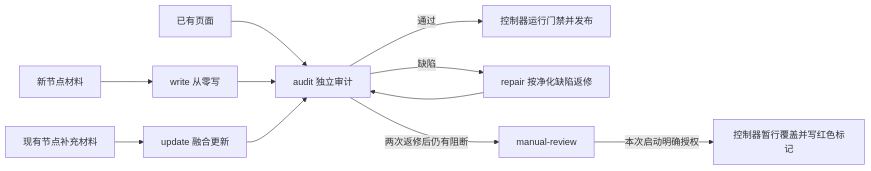
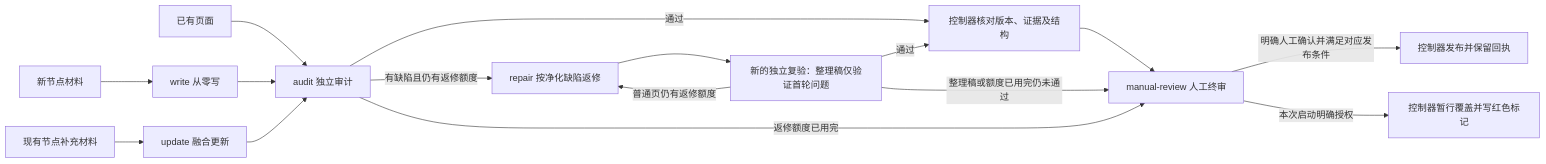
Before and after one commit to Little-FishK/AI-knowledge-map: the first of 3 diagrams in docs/DEEPDIVE_STAGE2_AUTOMATION.md, drawn with Mermaid. The commit also changed other lines of this file and 255 other files, not shown here.

````diff
--- a/docs/DEEPDIVE_STAGE2_AUTOMATION.md
+++ b/docs/DEEPDIVE_STAGE2_AUTOMATION.md
@@ -7,13 +15,18 @@
 ```mermaid
 flowchart LR
   A["已有页面"] --> B["audit 独立审计"]
-  B -->|通过| P["控制器运行门禁并发布"]
-  B -->|缺陷| R["repair 按净化缺陷返修"]
-  R --> B
-  B -->|两次返修后仍有阻断| M["manual-review"]
+  B -->|通过| G["控制器核对版本、证据及结构"]
+  G --> M["manual-review 人工终审"]
+  B -->|有缺陷且仍有返修额度| R["repair 按净化缺陷返修"]
+  R --> V["新的独立复验：整理稿仅验证首轮问题"]
+  V -->|通过| G
+  V -->|整理稿或额度已用完仍未通过| M
+  V -->|普通页仍有返修额度| R
+  B -->|返修额度已用完| M
+  M -->|明确人工确认并满足对应发布条件| P["控制器发布并保留回执"]
   M -->|本次启动明确授权| PP["控制器暂行覆盖并写红色标记"]
   N["新节点材料"] --> W["write 从零写"]
   W --> B
   S["现有节点补充材料"] --> U["update 融合更新"]
   U --> B
 ```
````
